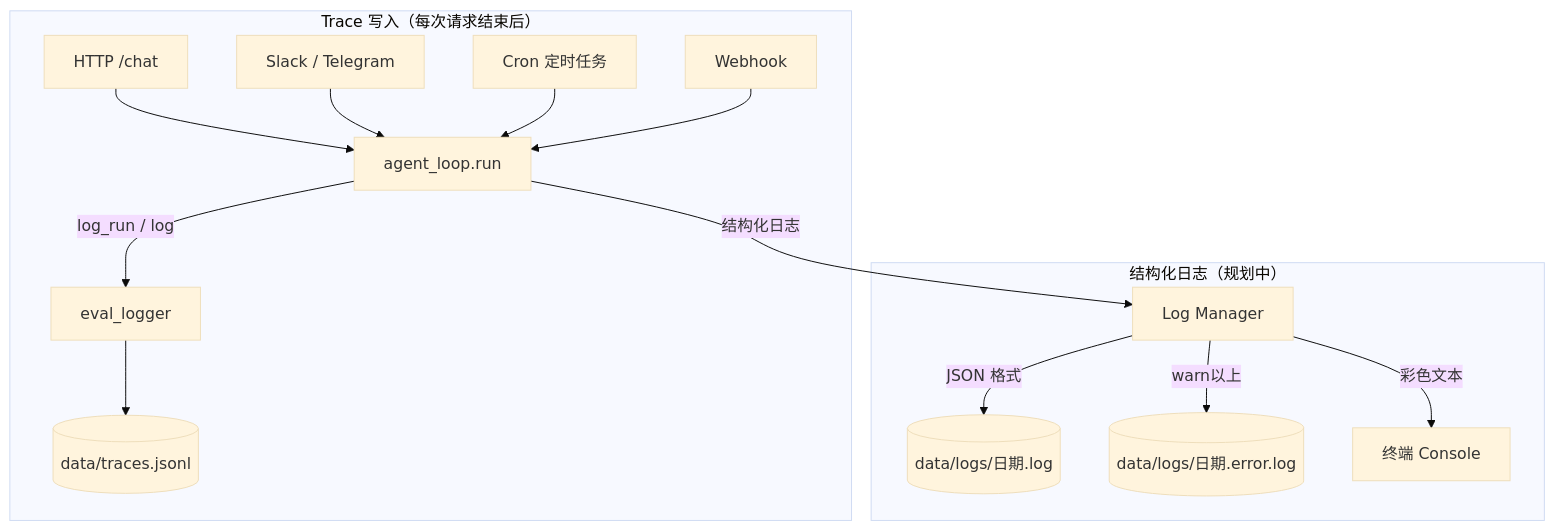
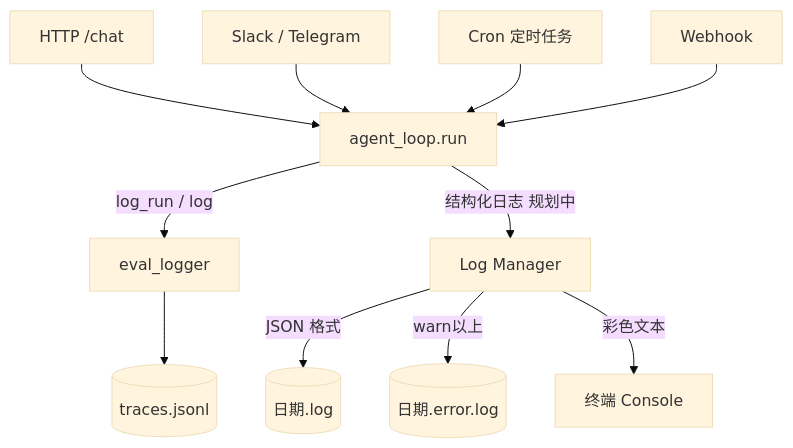
One commit to Summy2104/fleetent changed the first of 2 diagrams in docs/capabilities/observability.md. Above: the diagram before and after it, drawn with Mermaid (base theme). The commit also changed other lines of this file and 1 other file, not shown here.

Commit message:
docs: fix mermaid VSCode compatibility in observability and scheduling diagrams

````diff
--- a/docs/capabilities/observability.md
+++ b/docs/capabilities/observability.md
@@ -21,23 +21,15 @@
 ```mermaid
 flowchart TD
-    subgraph trace["Trace 写入（每次请求结束后）"]
-        A["HTTP /chat"] --> AL["agent_loop.run"]
-        B["Slack / Telegram"] --> AL
-        C["Cron 定时任务"] --> AL
-        D["Webhook"] --> AL
-        AL -->|"log_run / log"| EL["eval_logger"]
-        EL --> TJ[("data/traces.jsonl")]
-    end
+    A["HTTP /chat"] --> AL["agent_loop.run"]
+    B["Slack / Telegram"] --> AL
+    C["Cron 定时任务"] --> AL
+    D["Webhook"] --> AL
 
-    subgraph log["结构化日志（规划中）"]
-        LM["Log Manager"]
-        LF[("data/logs/日期.log")]
-        EF[("data/logs/日期.error.log")]
-        CON["终端 Console"]
-        LM -->|JSON 格式| LF
-        LM -->|warn以上| EF
-        LM -->|彩色文本| CON
-    end
+    AL -->|"log_run / log"| EL["eval_logger"]
+    EL --> TJ[("traces.jsonl")]
 
-    AL -->|结构化日志| LM
+    AL -->|"结构化日志 规划中"| LM["Log Manager"]
+    LM -->|"JSON 格式"| LF[("日期.log")]
+    LM -->|"warn以上"| EF[("日期.error.log")]
+    LM -->|"彩色文本"| CON["终端 Console"]
 ```
````
